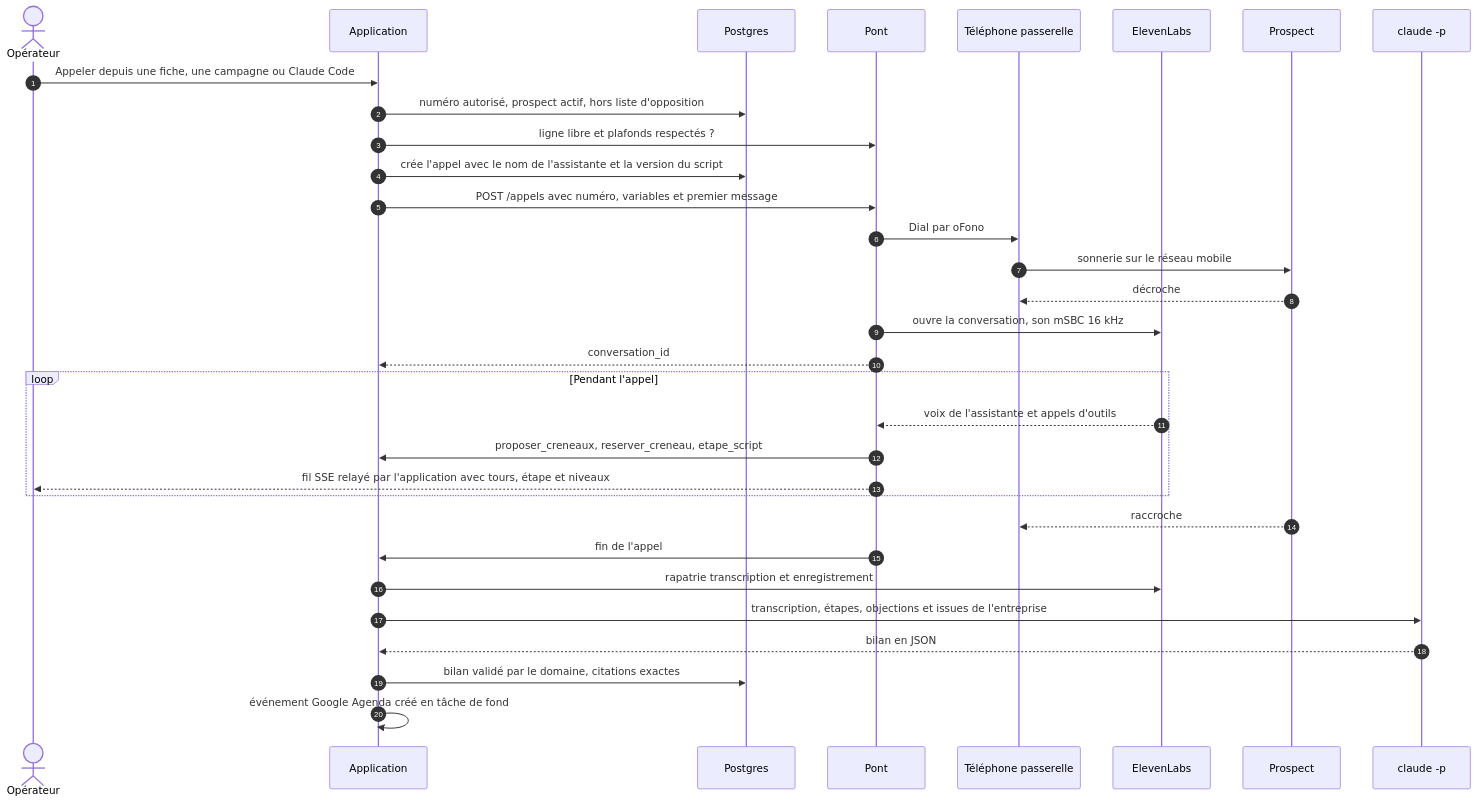
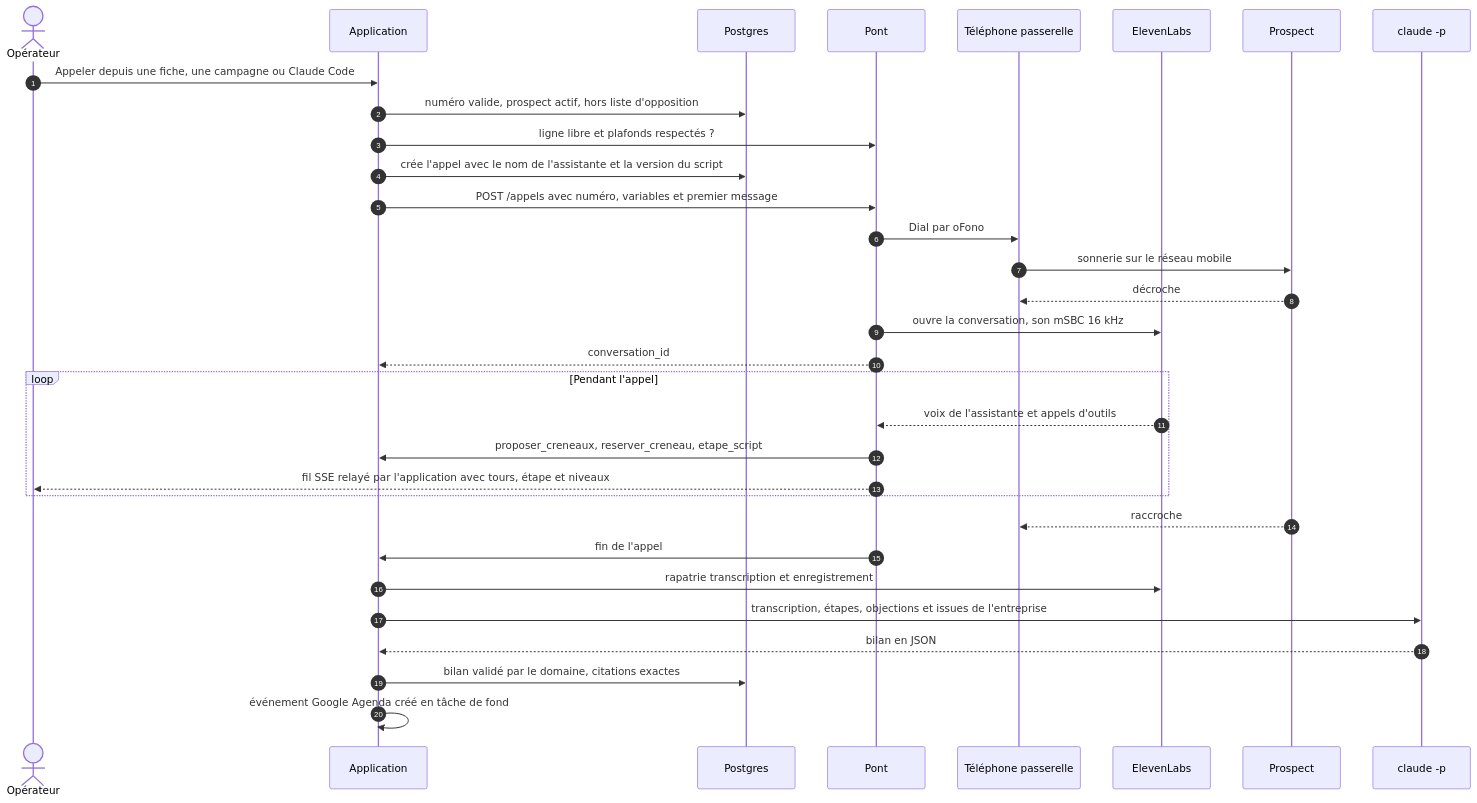
One commit to Tibxla/autocalled changed the second of 2 diagrams in README.md. Above: the diagram before and after it, drawn with Mermaid. The commit also changed other lines of this file and 112 other files, not shown here.

First line of the commit message:
feat: démo fermée aux personnes prévenues, un numéro valide hors opposition est appelable

````diff
--- a/README.md
+++ b/README.md
@@ -283,35 +283,35 @@
 ```mermaid
 sequenceDiagram
     autonumber
     actor Op as Opérateur
     participant Web as Application
     participant DB as Postgres
     participant Pont as Pont
     participant Tel as Téléphone passerelle
     participant EL as ElevenLabs
     participant Pro as Prospect
     participant Ana as claude -p
 
     Op->>Web: Appeler depuis une fiche, une campagne ou Claude Code
-    Web->>DB: numéro autorisé, prospect actif, hors liste d'opposition
+    Web->>DB: numéro valide, prospect actif, hors liste d'opposition
     Web->>Pont: ligne libre et plafonds respectés ?
     Web->>DB: crée l'appel avec le nom de l'assistante et la version du script
     Web->>Pont: POST /appels avec numéro, variables et premier message
     Pont->>Tel: Dial par oFono
     Tel->>Pro: sonnerie sur le réseau mobile
     Pro-->>Tel: décroche
     Pont->>EL: ouvre la conversation, son mSBC 16 kHz
     Pont-->>Web: conversation_id
     loop Pendant l'appel
         EL-->>Pont: voix de l'assistante et appels d'outils
         Pont->>Web: proposer_creneaux, reserver_creneau, etape_script
         Pont-->>Op: fil SSE relayé par l'application avec tours, étape et niveaux
     end
     Pro-->>Tel: raccroche
     Pont->>Web: fin de l'appel
     Web->>EL: rapatrie transcription et enregistrement
     Web->>Ana: transcription, étapes, objections et issues de l'entreprise
     Ana-->>Web: bilan en JSON
     Web->>DB: bilan validé par le domaine, citations exactes
     Web->>Web: événement Google Agenda créé en tâche de fond
 ```
````
